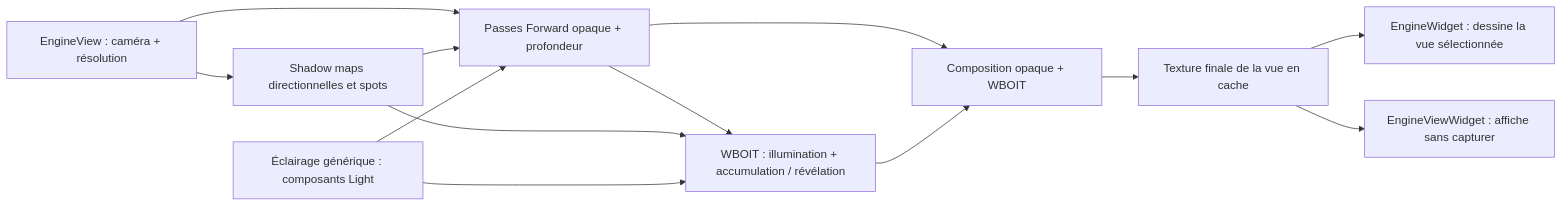
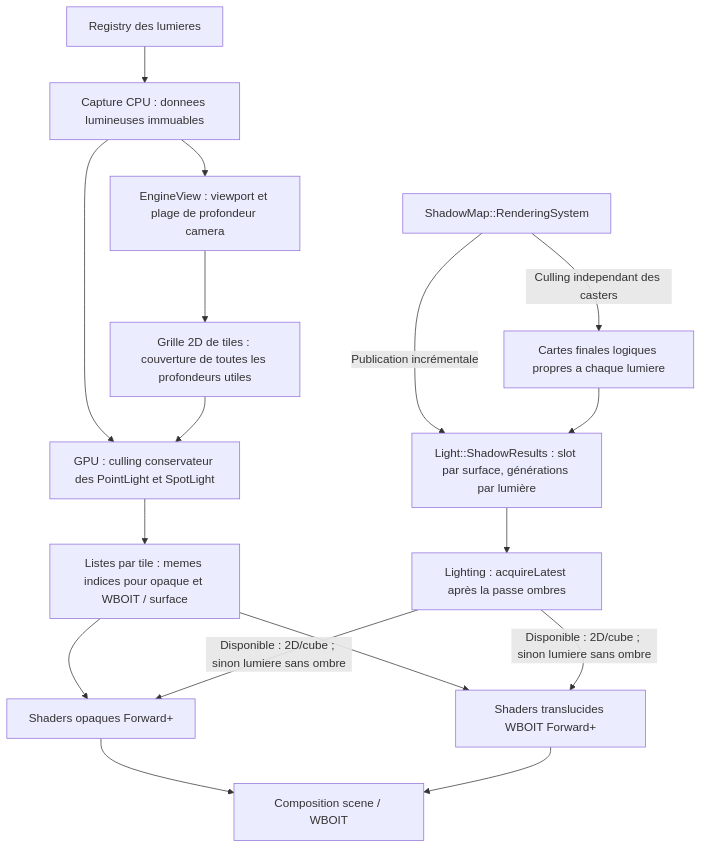
One commit to EreliaStudio/Sparkle changed diagram 22 of 24 in docs/voxel-engine-v0.1.4-specification.md. Above: the diagram before and after it, drawn with Mermaid. The commit also changed other lines of this file, not shown here.

Commit message:
docs(v0.1.4): consolidate voxel lighting and shadow architecture decisions

````diff
--- a/docs/voxel-engine-v0.1.4-specification.md
+++ b/docs/voxel-engine-v0.1.4-specification.md
@@ -776,15 +1527,19 @@
 ```mermaid
-flowchart LR
-  S["EngineView : caméra + résolution"] --> Shadow["Shadow maps directionnelles et spots"]
-  S --> Opaque["Passes Forward opaque + profondeur"]
-  Shadow --> Opaque
-  Opaque --> Trans["WBOIT : illumination + accumulation / révélation"]
-  Shadow --> Trans
-  Opaque --> Compose["Composition opaque + WBOIT"]
-  Trans --> Compose
-  Compose --> Tex["Texture finale de la vue en cache"]
-  Tex --> Main["EngineWidget : dessine la vue sélectionnée"]
-  Tex --> Other["EngineViewWidget : affiche sans capturer"]
-  L["Éclairage générique : composants Light"] --> Opaque
-  L --> Trans
+flowchart TD
+  Registry["Registry des lumieres"] --> Capture["Capture CPU : donnees lumineuses immuables"]
+  Capture --> Screen["EngineView : viewport et plage de profondeur camera"]
+  Screen --> Tiles["Grille 2D de tiles : couverture de toutes les profondeurs utiles"]
+  Capture --> GPU["GPU : culling conservateur des PointLight et SpotLight"]
+  Tiles --> GPU
+  GPU --> Lists["Listes par tile : memes indices pour opaque et WBOIT / surface"]
+  Lists --> Opaque["Shaders opaques Forward+"]
+  Lists --> WBOIT["Shaders translucides WBOIT Forward+"]
+  Shadow["ShadowMap::RenderingSystem"] -->|"Culling independant des casters"| Maps["Cartes finales logiques propres a chaque lumiere"]
+  Shadow -->|"Publication incrémentale"| Output["Light::ShadowResults : slot par surface, générations par lumière"]
+  Maps --> Output
+  Output --> Surface["Lighting : acquireLatest après la passe ombres"]
+  Surface -->|"Disponible : 2D/cube ; sinon lumiere sans ombre"| Opaque
+  Surface -->|"Disponible : 2D/cube ; sinon lumiere sans ombre"| WBOIT
+  Opaque --> Compose["Composition scene / WBOIT"]
+  WBOIT --> Compose
 ```
````
